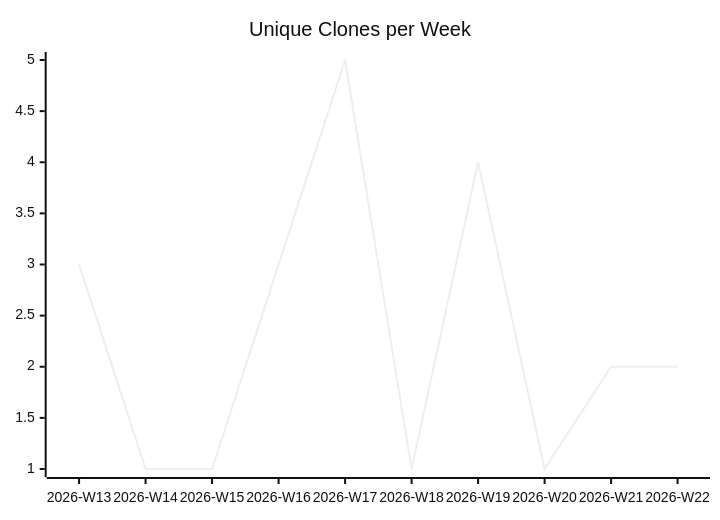
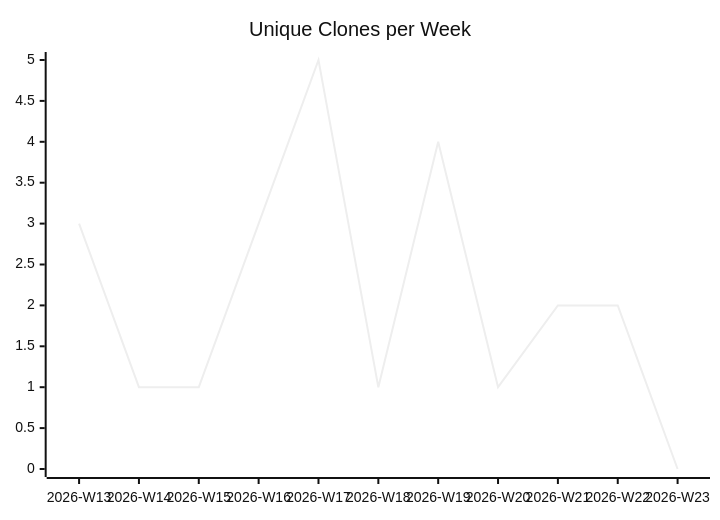
One commit to justdavis-family/github-analytics-data changed the third of 3 diagrams in karlmdavis/stockfighter-trades-solutions/README.md. Above: the diagram before and after it, drawn with Mermaid (neutral theme). The commit also changed other lines of this file and 186 other files, not shown here.

````diff
--- a/karlmdavis/stockfighter-trades-solutions/README.md
+++ b/karlmdavis/stockfighter-trades-solutions/README.md
@@ -19,6 +19,6 @@
 ```mermaid
 xychart-beta
   title "Unique Clones per Week"
-  x-axis ["2026-W13", "2026-W14", "2026-W15", "2026-W16", "2026-W17", "2026-W18", "2026-W19", "2026-W20", "2026-W21", "2026-W22"]
-  line [3, 1, 1, 3, 5, 1, 4, 1, 2, 2]
+  x-axis ["2026-W13", "2026-W14", "2026-W15", "2026-W16", "2026-W17", "2026-W18", "2026-W19", "2026-W20", "2026-W21", "2026-W22", "2026-W23"]
+  line [3, 1, 1, 3, 5, 1, 4, 1, 2, 2, 0]
 ```
````
